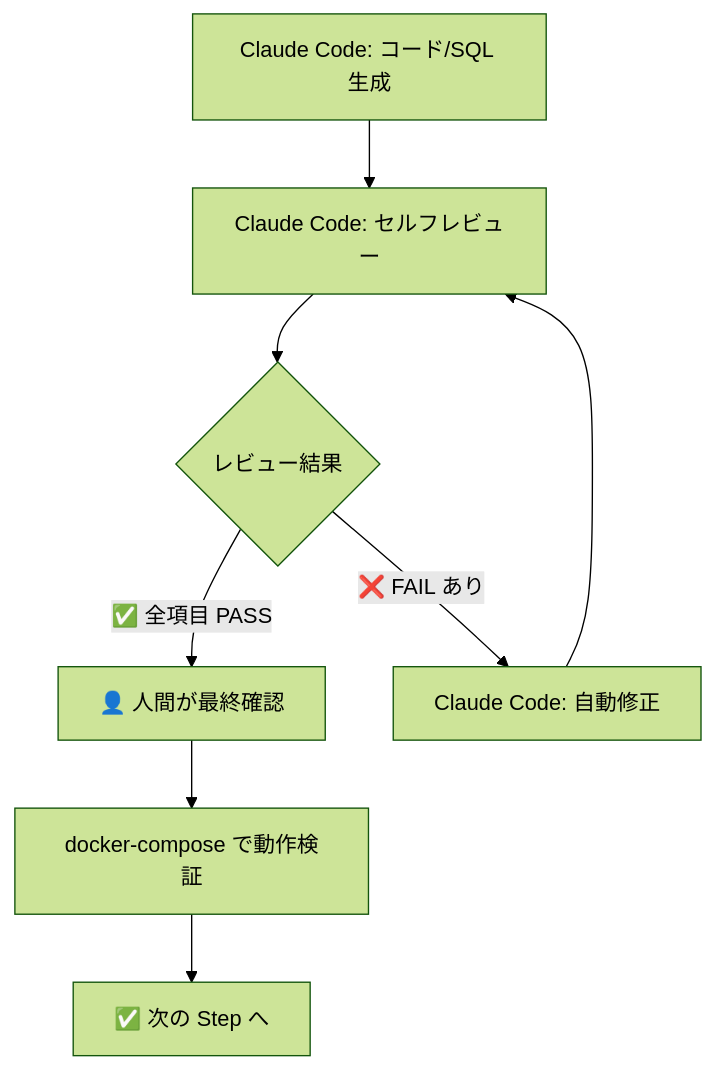
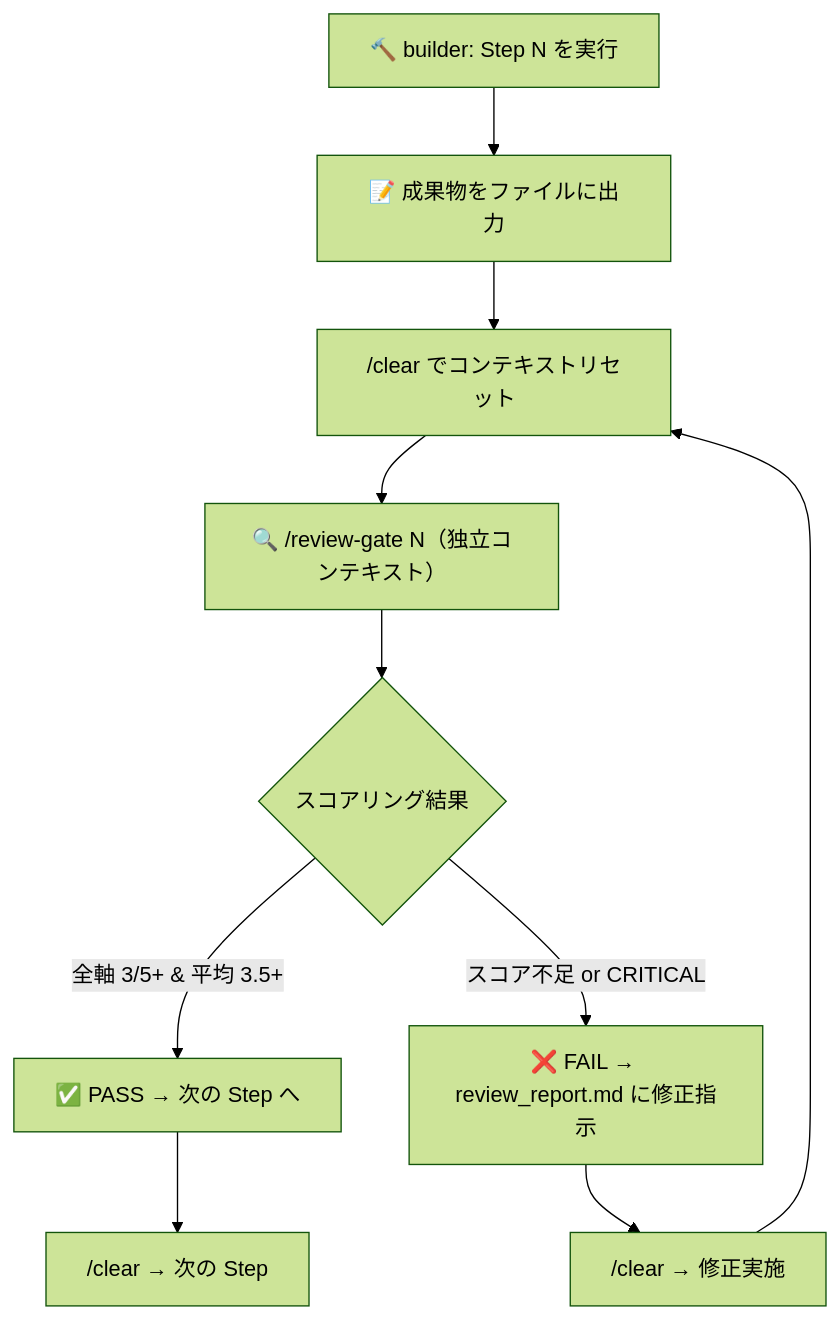
Before and after one commit to tyorikan/migration-with-ai: the ninth of 9 diagrams in workshop-real/README.md, drawn with Mermaid (forest theme). The commit also changed other lines of this file and 9 other files, not shown here.

````diff
--- a/workshop-real/README.md
+++ b/workshop-real/README.md
@@ -510,10 +520,12 @@
 ```mermaid
 graph TD
-    A["Claude Code: コード/SQL 生成"] --> B["Claude Code: セルフレビュー"]
-    B --> C{レビュー結果}
-    C -->|"✅ 全項目 PASS"| D["👤 人間が最終確認"]
-    C -->|"❌ FAIL あり"| E["Claude Code: 自動修正"]
-    E --> B
-    D --> F["docker-compose で動作検証"]
-    F --> G["✅ 次の Step へ"]
+    A["🔨 builder: Step N を実行"] --> B["📝 成果物をファイルに出力"]
+    B --> C["/clear でコンテキストリセット"]
+    C --> D["🔍 /review-gate N（独立コンテキスト）"]
+    D --> E{"スコアリング結果"}
+    E -->|"全軸 3/5+ & 平均 3.5+"| F["✅ PASS → 次の Step へ"]
+    E -->|"スコア不足 or CRITICAL"| G["❌ FAIL → review_report.md に修正指示"]
+    G --> H["/clear → 修正実施"]
+    H --> C
+    F --> I["/clear → 次の Step"]
 ```
````
